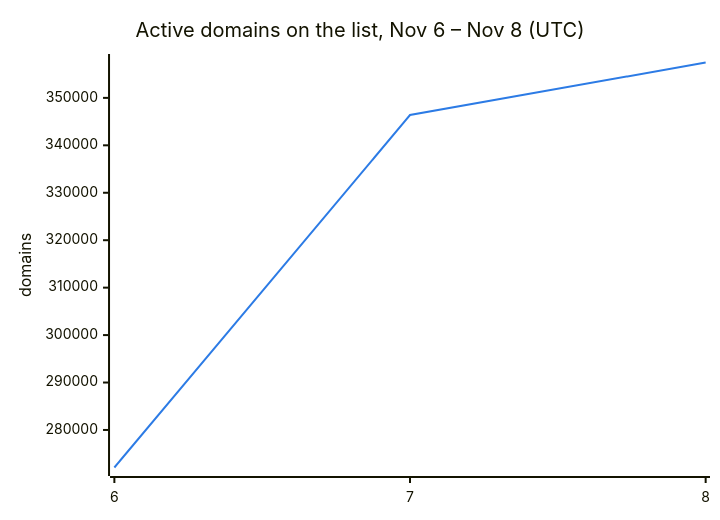
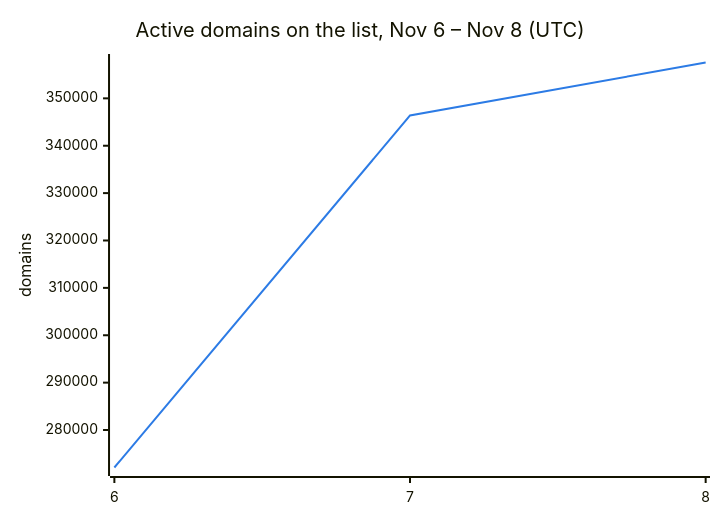
One commit to DNSBunker/CTI changed the second of 3 diagrams in README.md. Above: the diagram before and after it, drawn with Mermaid. The commit also changed other lines of this file and 3 other files, not shown here.

````diff
--- a/README.md
+++ b/README.md
@@ -38,8 +38,8 @@
 ```mermaid
 %%{init: {"themeVariables": {"xyChart": {"plotColorPalette": "#2c7be5"}}}}%%
 xychart-beta
     title "Active domains on the list, Nov 6 – Nov 8 (UTC)"
     x-axis ["6", "7", "8"]
     y-axis "domains"
-    line [272088, 346388, 357457]
+    line [272088, 346388, 357567]
 ```
````
